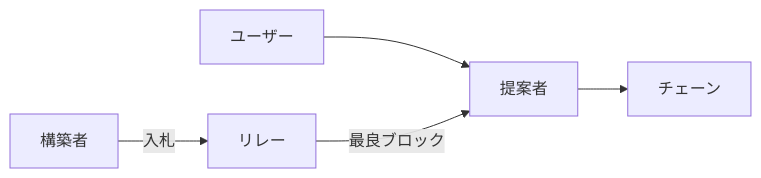
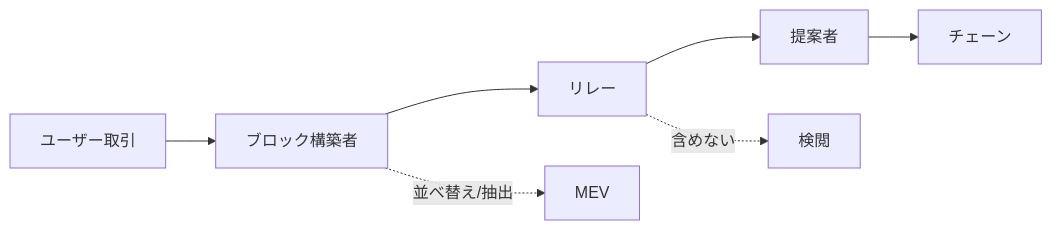
The diagram in slides/SL07.md (NyxFoundation/presentation-agent), drawn with Mermaid before and after one commit. The commit also changed other lines of this file and 5 other files, not shown here.

````diff
--- a/slides/SL07.md
+++ b/slides/SL07.md
@@ -7,7 +8,9 @@
-```mermaid
+```mermaid {scale: 0.85}
 flowchart LR
-  U[ユーザー] --> P[提案者]
-  B[構築者] -->|入札| R[リレー]
-  R -->|最良ブロック| P
+  U[ユーザー取引] --> B[ブロック構築者]
+  B --> R[リレー]
+  R --> P[提案者]
   P --> C[チェーン]
+  B -.->|並べ替え/抽出| X[MEV]
+  R -.->|含めない| Y[検閲]
 ```
````
